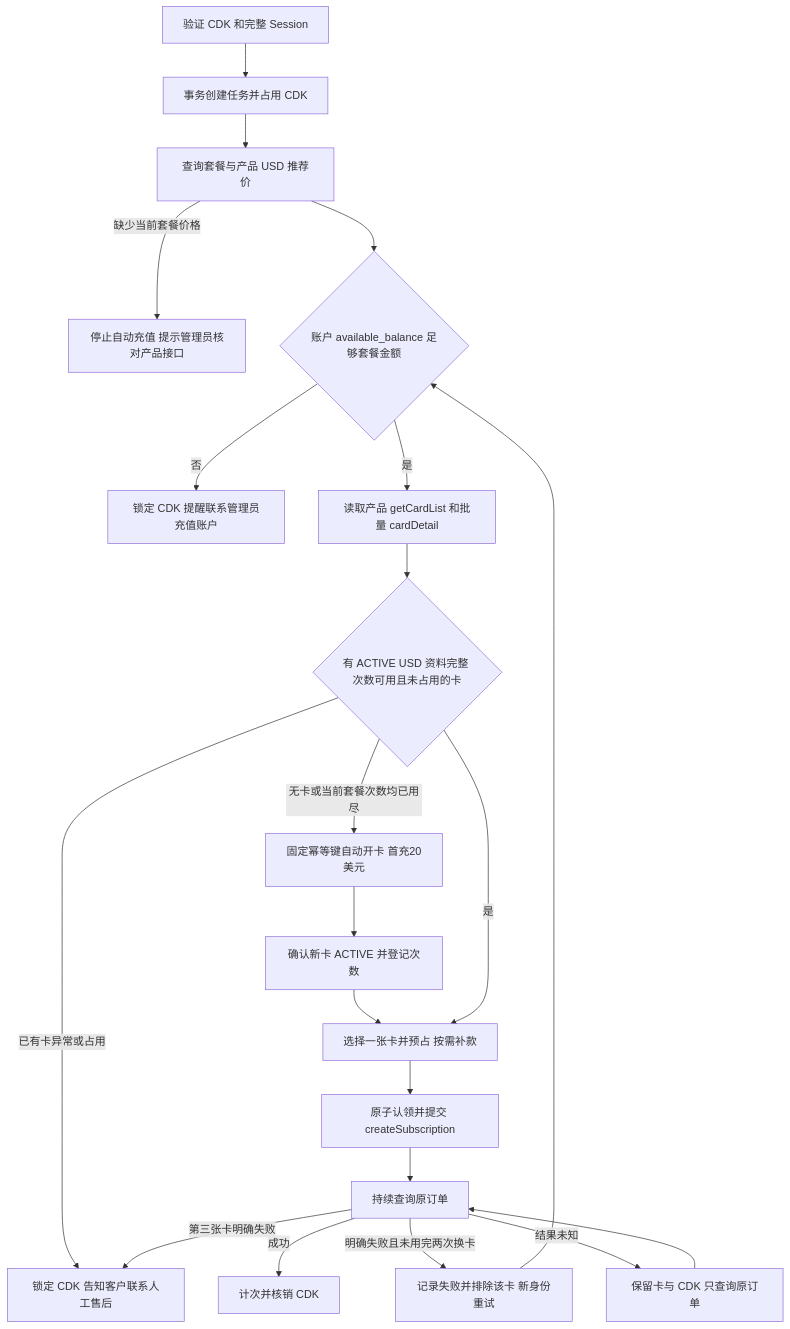
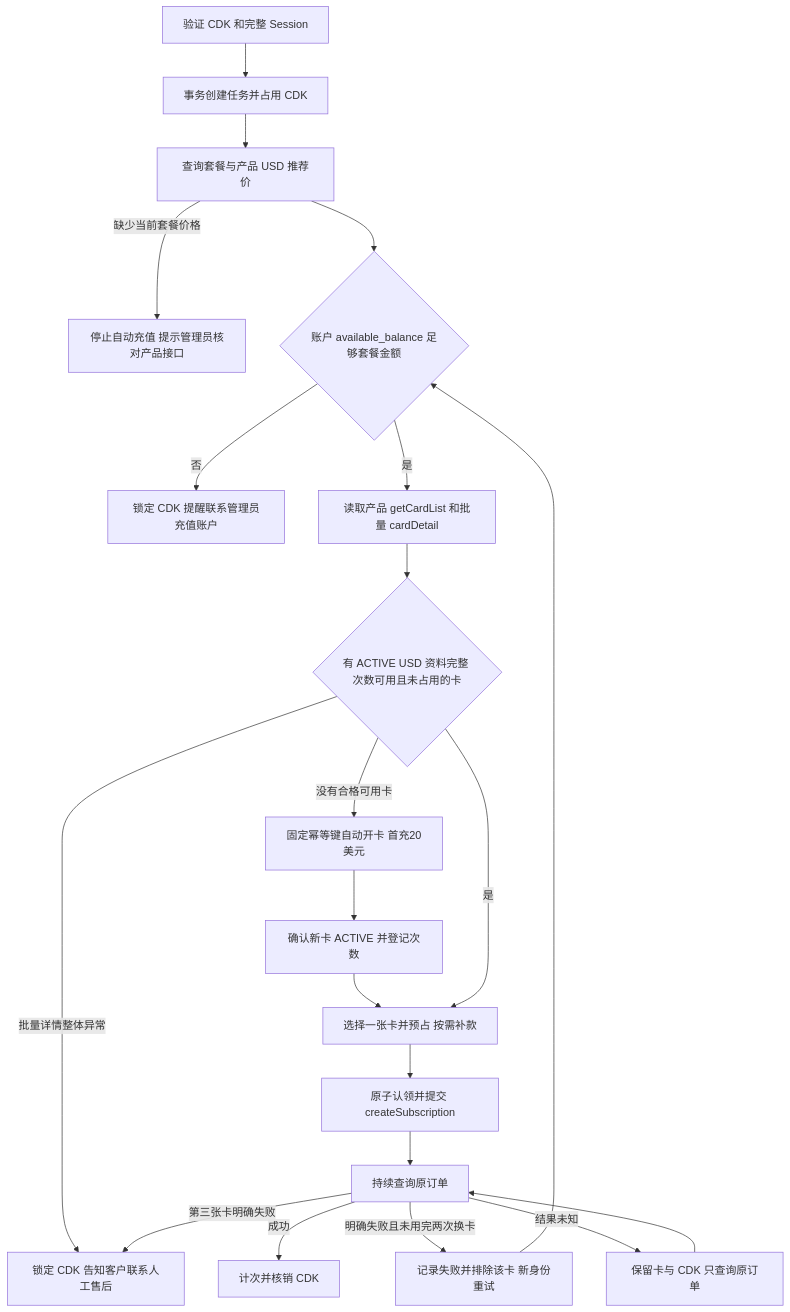
The diagram in ORBITCARD-CARDS.md (miracal-0312/Pay-gpt-Orbit), drawn with Mermaid before and after one commit. The commit also changed other lines of this file and 15 other files, not shown here.

````diff
--- a/ORBITCARD-CARDS.md
+++ b/ORBITCARD-CARDS.md
@@ -13,23 +13,23 @@
 ```mermaid
 flowchart TD
     A[验证 CDK 和完整 Session] --> B[事务创建任务并占用 CDK]
     B --> C[查询套餐与产品 USD 推荐价]
     C -->|缺少当前套餐价格| Q[停止自动充值 提示管理员核对产品接口]
     C --> D{账户 available_balance 足够套餐金额}
     D -->|否| E[锁定 CDK 提醒联系管理员充值账户]
     D -->|是| F[读取产品 getCardList 和批量 cardDetail]
     F --> G{有 ACTIVE USD 资料完整 次数可用且未占用的卡}
-    G -->|已有卡异常或占用| H[锁定 CDK 告知客户联系人工售后]
-    G -->|无卡或当前套餐次数均已用尽| O[固定幂等键自动开卡 首充20美元]
+    G -->|批量详情整体异常| H[锁定 CDK 告知客户联系人工售后]
+    G -->|没有合格可用卡| O[固定幂等键自动开卡 首充20美元]
     O --> P[确认新卡 ACTIVE 并登记次数]
     P --> I
     G -->|是| I[选择一张卡并预占 按需补款]
     I --> J[原子认领并提交 createSubscription]
     J --> K[持续查询原订单]
     K -->|成功| L[计次并核销 CDK]
     K -->|明确失败且未用完两次换卡| M[记录失败并排除该卡 新身份重试]
     M --> D
     K -->|第三张卡明确失败| H
     K -->|结果未知| N[保留卡与 CDK 只查询原订单]
     N --> K
 ```
````
